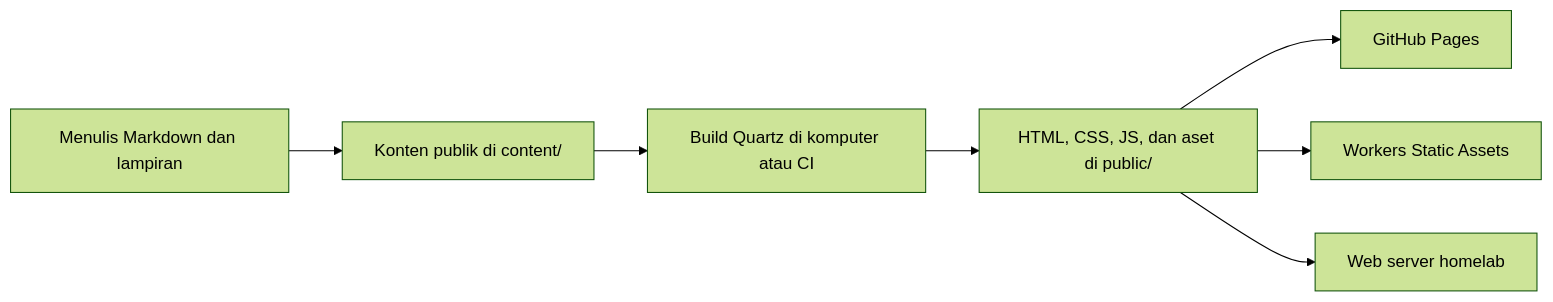
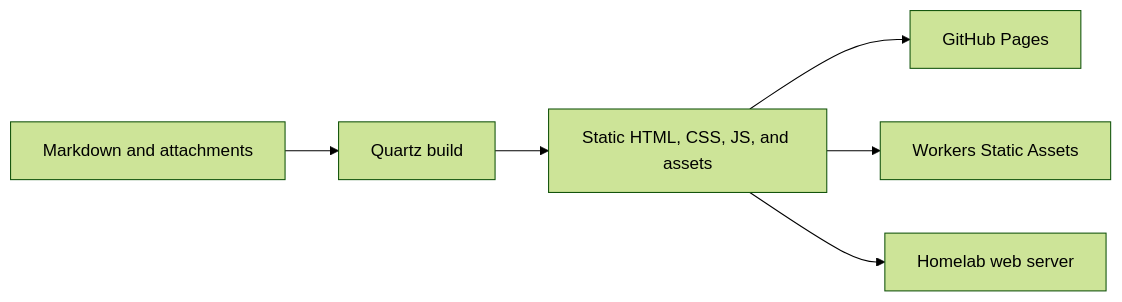
One commit to MorpKnight/knowledge-library changed the diagram in docs/quartz-research.md. Above: the diagram before and after it, drawn with Mermaid (forest theme). The commit also changed other lines of this file and 18 other files, not shown here.

````diff
--- a/docs/quartz-research.md
+++ b/docs/quartz-research.md
@@ -32,9 +11,8 @@
 ```mermaid
 flowchart LR
-  A[Menulis Markdown dan lampiran] --> B[Konten publik di content/]
-  B --> C[Build Quartz di komputer atau CI]
-  C --> D[HTML, CSS, JS, dan aset di public/]
-  D --> E[GitHub Pages]
-  D --> F[Workers Static Assets]
-  D --> G[Web server homelab]
+  A[Markdown and attachments] --> B[Quartz build]
+  B --> C[Static HTML, CSS, JS, and assets]
+  C --> D[GitHub Pages]
+  C --> E[Workers Static Assets]
+  C --> F[Homelab web server]
 ```
````
